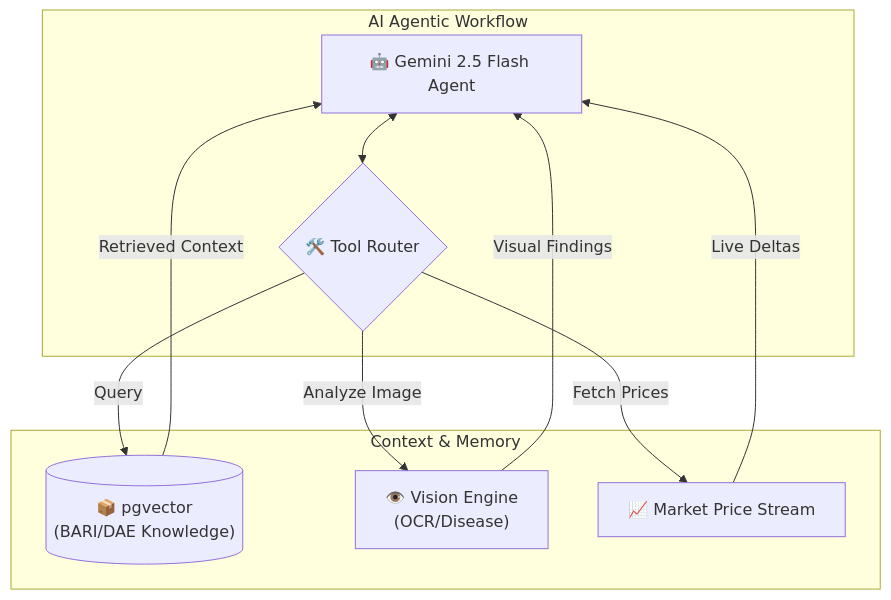
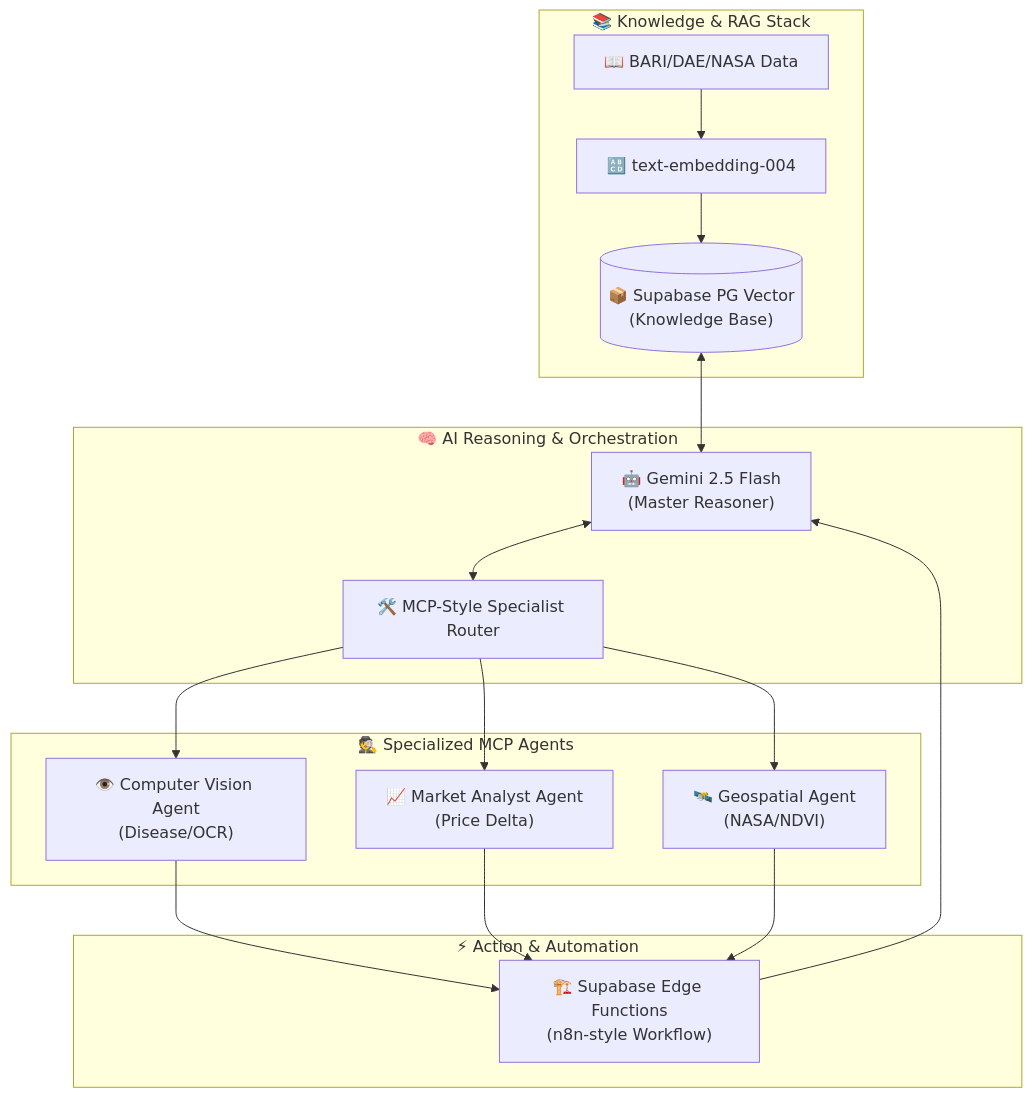
One commit to yasar-sys/agri-shokti-bangla changed the second of 3 diagrams in SYSTEM_FLOW.md. Above: the diagram before and after it, drawn with Mermaid. The commit also changed other lines of this file and 1 other file, not shown here.

Commit message:
docs: finalize elite AI Core architecture and reasoning documentation for MXB 2026

````diff
--- a/SYSTEM_FLOW.md
+++ b/SYSTEM_FLOW.md
@@ -51,25 +47,37 @@
 ```mermaid
 graph TD
-    %% AI Orchestration
-    subgraph "AI Agentic Workflow"
-        LLM["🤖 Gemini 2.5 Flash Agent"]
-        Router{"🛠️ Tool Router"}
+    %% LLM & Reasoning
+    subgraph "🧠 AI Reasoning & Orchestration"
+        Gemini["🤖 Gemini 2.5 Flash<br/>(Master Reasoner)"]
+        Router["🛠️ MCP-Style Specialist Router"]
     end
 
-    %% Tools & Knowledge
-    subgraph "Context & Memory"
-        VectorDB[("📦 pgvector<br/>(BARI/DAE Knowledge)")]
-        VisionAPI["👁️ Vision Engine<br/>(OCR/Disease)"]
-        MarketAPI["📈 Market Price Stream"]
+    %% RAG Stack
+    subgraph "📚 Knowledge & RAG Stack"
+        VectorDB[("📦 Supabase PG Vector<br/>(Knowledge Base)")]
+        Embed["🔠 text-embedding-004"]
+        Data["📖 BARI/DAE/NASA Data"]
+    end
+
+    %% Specialized Agents
+    subgraph "🕵️ Specialized MCP Agents"
+        VisionBot["👁️ Computer Vision Agent<br/>(Disease/OCR)"]
+        MarketBot["📈 Market Analyst Agent<br/>(Price Delta)"]
+        GeoBot["🛰️ Geospatial Agent<br/>(NASA/NDVI)"]
+    end
+
+    %% Automation Layer
+    subgraph "⚡ Action & Automation"
+        Edge["🏗️ Supabase Edge Functions<br/>(n8n-style Workflow)"]
     end
 
     %% Connections
-    LLM <--> Router
-    Router -->|Query| VectorDB
-    Router -->|Analyze Image| VisionAPI
-    Router -->|Fetch Prices| MarketAPI
+    Gemini <--> Router
+    Router --> VisionBot & MarketBot & GeoBot
     
-    VectorDB -->|Retrieved Context| LLM
-    VisionAPI -->|Visual Findings| LLM
-    MarketAPI -->|Live Deltas| LLM
+    Data --> Embed --> VectorDB
+    VectorDB <--> Gemini
+    
+    VisionBot & MarketBot & GeoBot --> Edge
+    Edge --> Gemini
 ```
````
